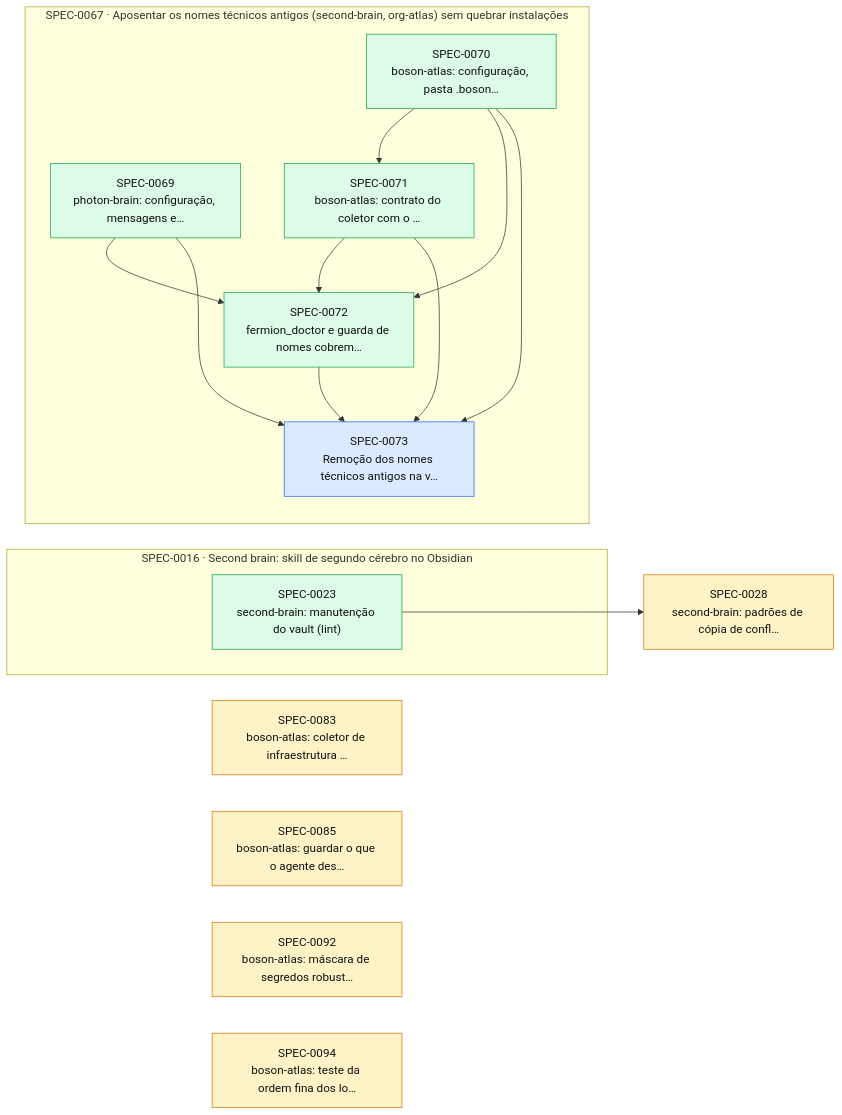
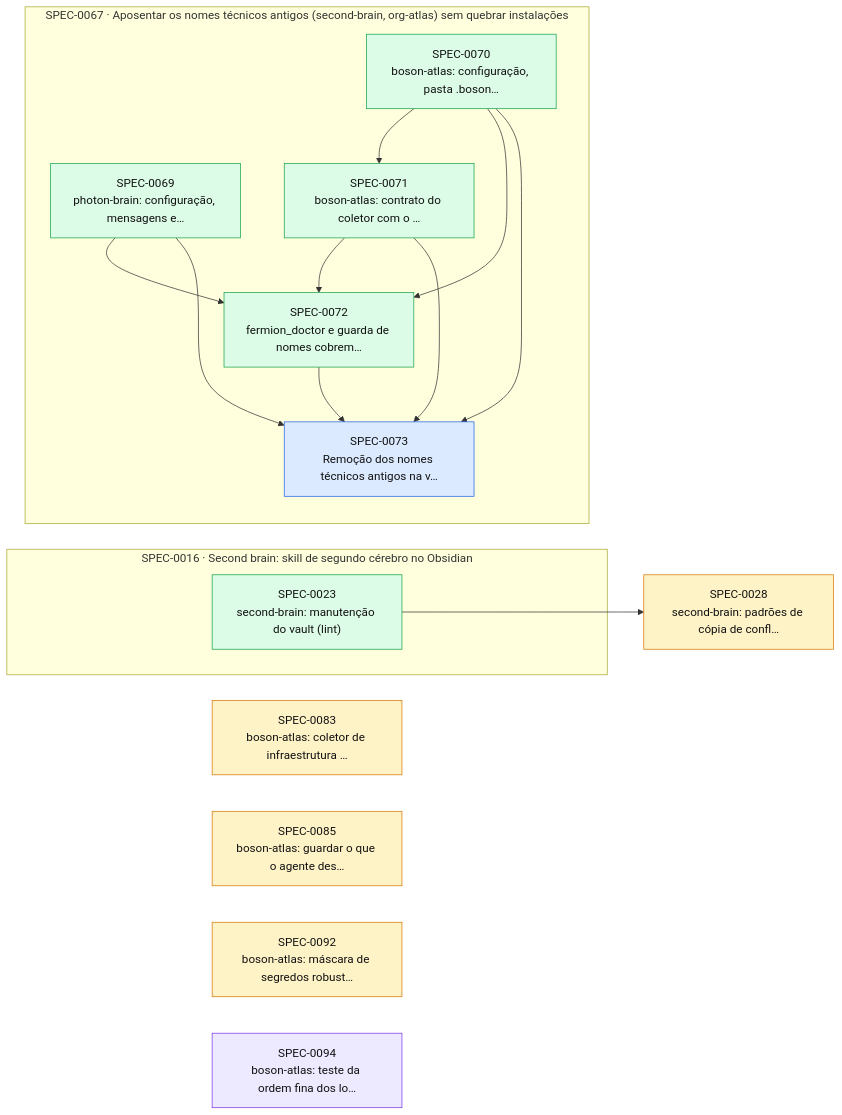
One commit to thomasravache/ai-dev-brain changed the diagram in docs/specs/INDEX.md. Above: the diagram before and after it, drawn with Mermaid. The commit also changed other lines of this file and 1 other file, not shown here.

First line of the commit message:
docs(specs): aprova a SPEC-0094 e planeja a correção

````diff
--- a/docs/specs/INDEX.md
+++ b/docs/specs/INDEX.md
@@ -66,32 +66,32 @@
 ```mermaid
 flowchart LR
   S0028["SPEC-0028<br/>second-brain: padrões de cópia de confl…"]:::proposed
   S0083["SPEC-0083<br/>boson-atlas: coletor de infraestrutura …"]:::proposed
   S0085["SPEC-0085<br/>boson-atlas: guardar o que o agente des…"]:::proposed
   S0092["SPEC-0092<br/>boson-atlas: máscara de segredos robust…"]:::proposed
-  S0094["SPEC-0094<br/>boson-atlas: teste da ordem fina dos lo…"]:::proposed
+  S0094["SPEC-0094<br/>boson-atlas: teste da ordem fina dos lo…"]:::inprogress
   subgraph E0016["SPEC-0016 · Second brain: skill de segundo cérebro no Obsidian"]
     S0023["SPEC-0023<br/>second-brain: manutenção do vault (lint)"]:::implemented
   end
   subgraph E0067["SPEC-0067 · Aposentar os nomes técnicos antigos (second-brain, org-atlas) sem quebrar instalações"]
     S0069["SPEC-0069<br/>photon-brain: configuração, mensagens e…"]:::implemented
     S0070["SPEC-0070<br/>boson-atlas: configuração, pasta .boson…"]:::implemented
     S0071["SPEC-0071<br/>boson-atlas: contrato do coletor com o …"]:::implemented
     S0072["SPEC-0072<br/>fermion_doctor e guarda de nomes cobrem…"]:::implemented
     S0073["SPEC-0073<br/>Remoção dos nomes técnicos antigos na v…"]:::approved
   end
   S0023 --> S0028
   S0070 --> S0071
   S0069 --> S0072
   S0070 --> S0072
   S0071 --> S0072
   S0069 --> S0073
   S0070 --> S0073
   S0071 --> S0073
   S0072 --> S0073
   classDef proposed fill:#fef3c7,stroke:#d97706,color:#111
   classDef approved fill:#dbeafe,stroke:#2563eb,color:#111
   classDef inprogress fill:#ede9fe,stroke:#7c3aed,color:#111
   classDef implemented fill:#dcfce7,stroke:#16a34a,color:#111
   classDef deprecated fill:#f3f4f6,stroke:#9ca3af,color:#6b7280
 ```
````
